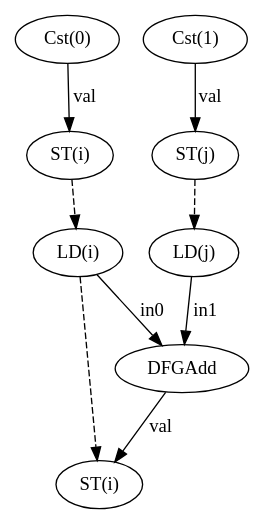
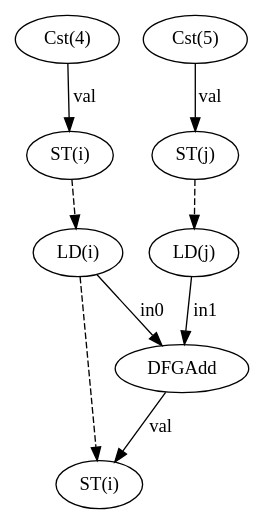
One commit to ma-carrillo/High-level-synthesis-assignment changed the diagram in test10/dfg.dot. Above: the diagram before and after it, drawn with Graphviz. The commit also changed 16 other files, not shown here.

```diff
--- a/test10/dfg.dot
+++ b/test10/dfg.dot
@@ -1,18 +1,18 @@
 digraph "dfg" {
-  n0 [label="Cst(0)"];
+  n0 [label="Cst(4)"];
   n1 [label="ST(i)"];
-  n2 [label="Cst(1)"];
+  n2 [label="Cst(5)"];
   n3 [label="ST(j)"];
   n4 [label="LD(i)"];
   n5 [label="LD(j)"];
   n6 [label="DFGAdd"];
   n7 [label="ST(i)"];
   n0 -> n1 [label="val"];
   n1 -> n4 [style="dashed"];
   n2 -> n3 [label="val"];
   n3 -> n5 [style="dashed"];
   n4 -> n6 [label="in0"];
   n4 -> n7 [style="dashed"];
   n5 -> n6 [label="in1"];
   n6 -> n7 [label="val"];
 }
```
